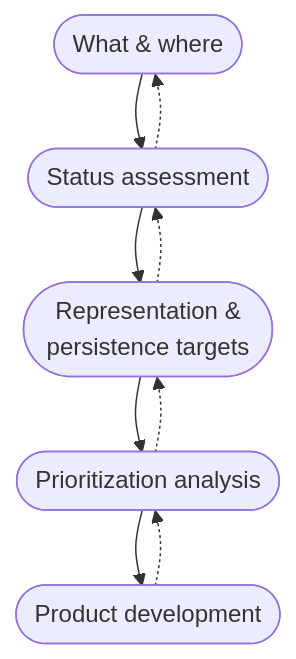
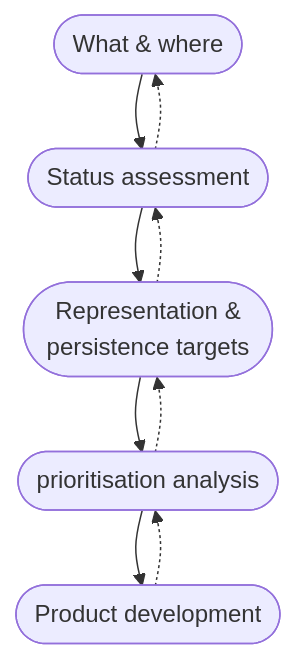
The first of 3 diagrams in website/intro.qmd (ekznw/kzn-scp), drawn with Mermaid before and after one commit. The commit also changed other lines of this file and 45 other files, not shown here.

````diff
--- a/website/intro.qmd
+++ b/website/intro.qmd
@@ -60,24 +78,26 @@
 ```{mermaid}
 %%| fig-align: center
+
+%% png: images/intro/fig01.png
 
 flowchart TD
 
 %% === Main stages ===
 obj1([What & where])
 obj2([Status assessment])
 obj3([Representation & <br> persistence targets])
-obj4([Prioritization analysis])
+obj4([prioritisation analysis])
 obj5([Product development])
 
 obj1 --> obj2
 obj2 --> obj3
 obj3 --> obj4
 obj4 --> obj5
 
 
 %% Feedback (use dashed; if not supported, we’ll restyle via linkStyle)
 obj2 -.-> obj1
 obj3 -.-> obj2
 obj4 -.-> obj3
 obj5 -.-> obj4
 ```
````
